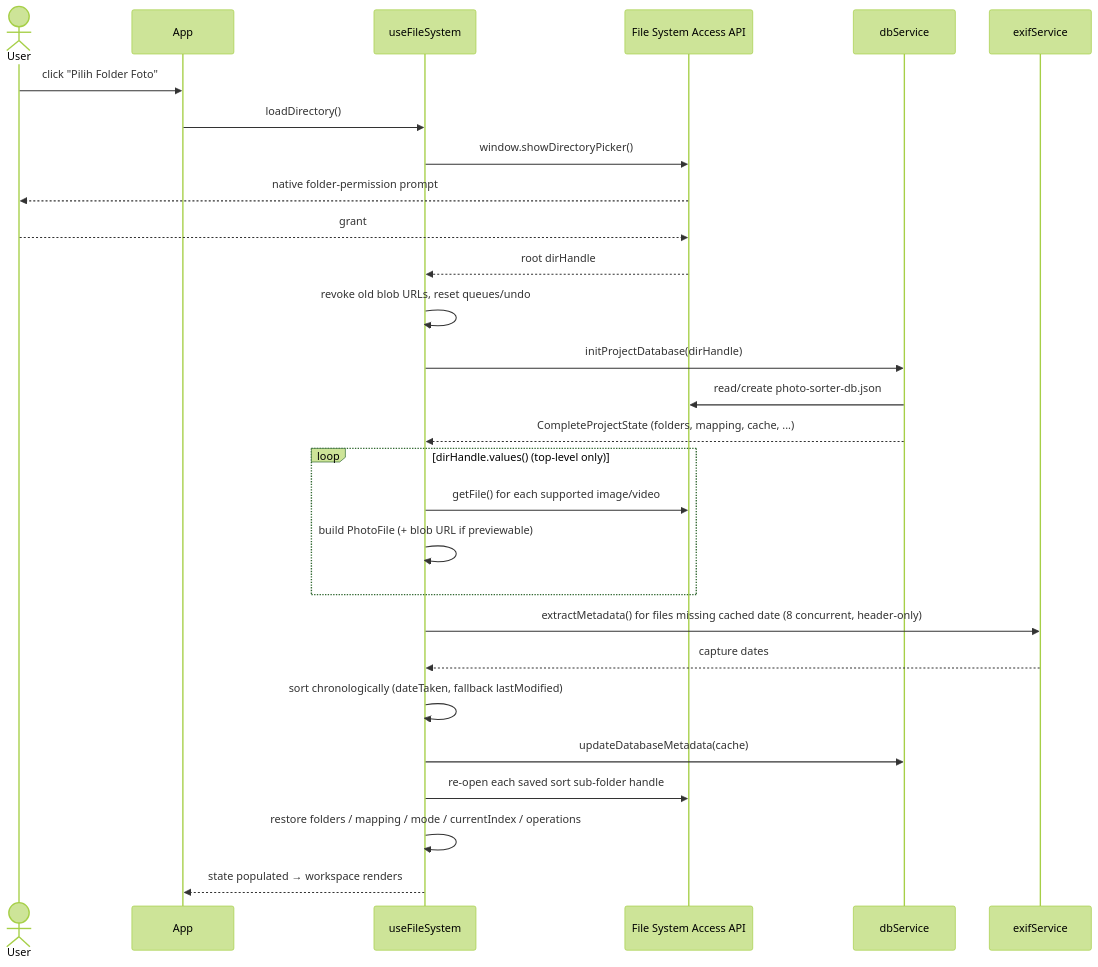
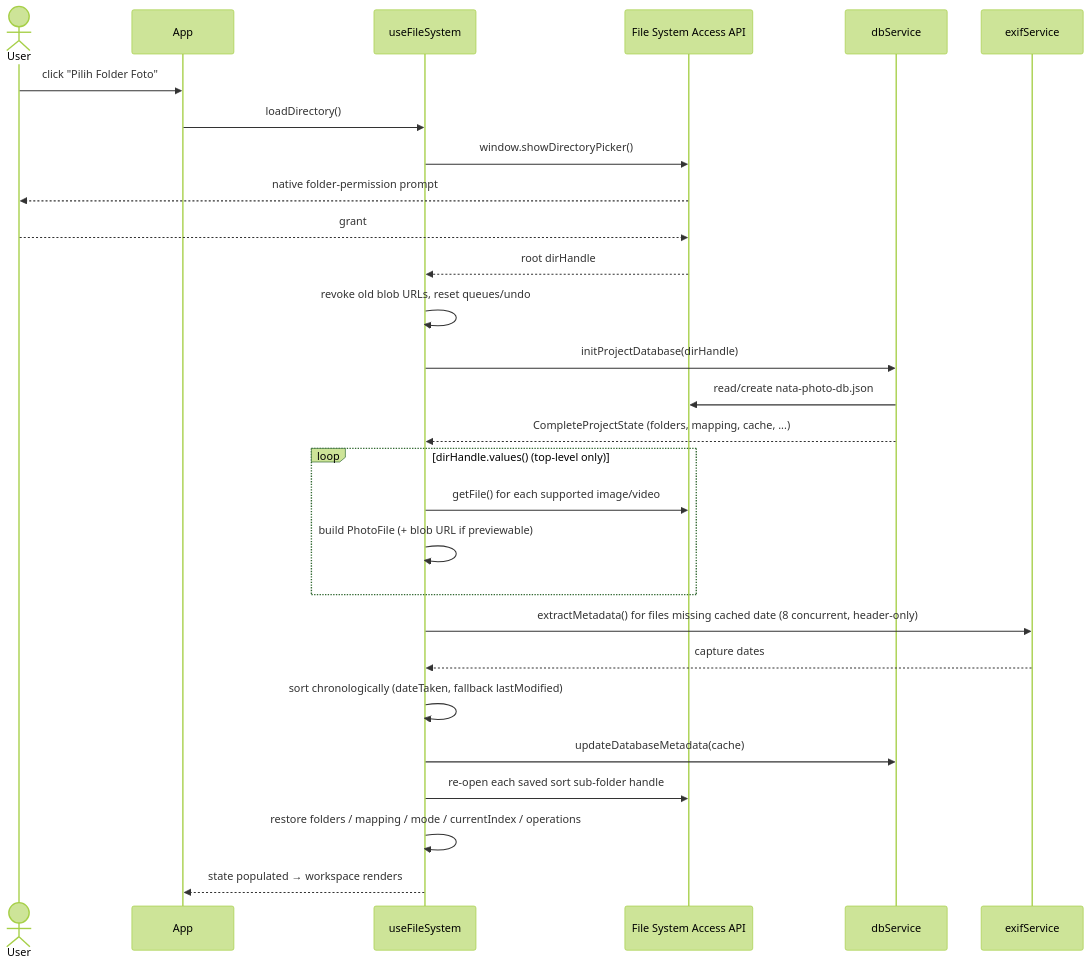
Before and after one commit to frama21/photo-sorter: the fourth of 10 diagrams in docs/ARCHITECTURE.md, drawn with Mermaid (forest theme). The commit also changed other lines of this file and 149 other files, not shown here.

````diff
--- a/docs/ARCHITECTURE.md
+++ b/docs/ARCHITECTURE.md
@@ -211,31 +229,31 @@
 ```mermaid
 sequenceDiagram
     actor U as User
     participant A as App
     participant H as useFileSystem
     participant FS as File System Access API
     participant DB as dbService
     participant EX as exifService
 
     U->>A: click "Pilih Folder Foto"
     A->>H: loadDirectory()
     H->>FS: window.showDirectoryPicker()
     FS-->>U: native folder-permission prompt
     U-->>FS: grant
     FS-->>H: root dirHandle
     H->>H: revoke old blob URLs, reset queues/undo
     H->>DB: initProjectDatabase(dirHandle)
-    DB->>FS: read/create photo-sorter-db.json
+    DB->>FS: read/create nata-photo-db.json
     DB-->>H: CompleteProjectState (folders, mapping, cache, ...)
     loop dirHandle.values() (top-level only)
         H->>FS: getFile() for each supported image/video
         H->>H: build PhotoFile (+ blob URL if previewable)
     end
     H->>EX: extractMetadata() for files missing cached date (8 concurrent, header-only)
     EX-->>H: capture dates
     H->>H: sort chronologically (dateTaken, fallback lastModified)
     H->>DB: updateDatabaseMetadata(cache)
     H->>FS: re-open each saved sort sub-folder handle
     H->>H: restore folders / mapping / mode / currentIndex / operations
     H-->>A: state populated → workspace renders
 ```
````
